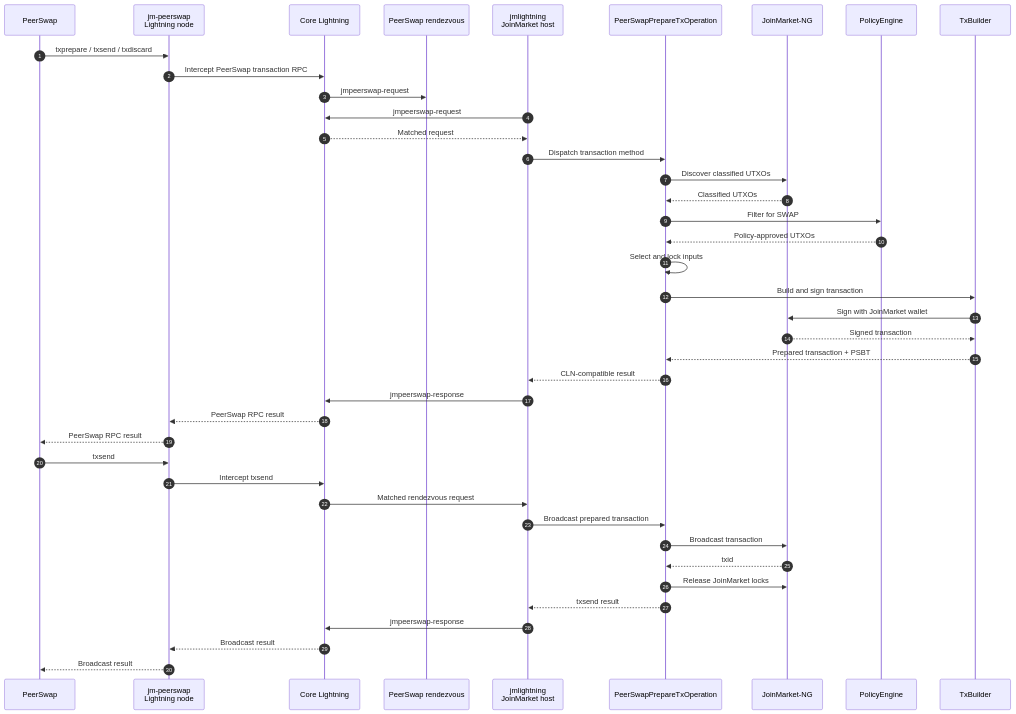
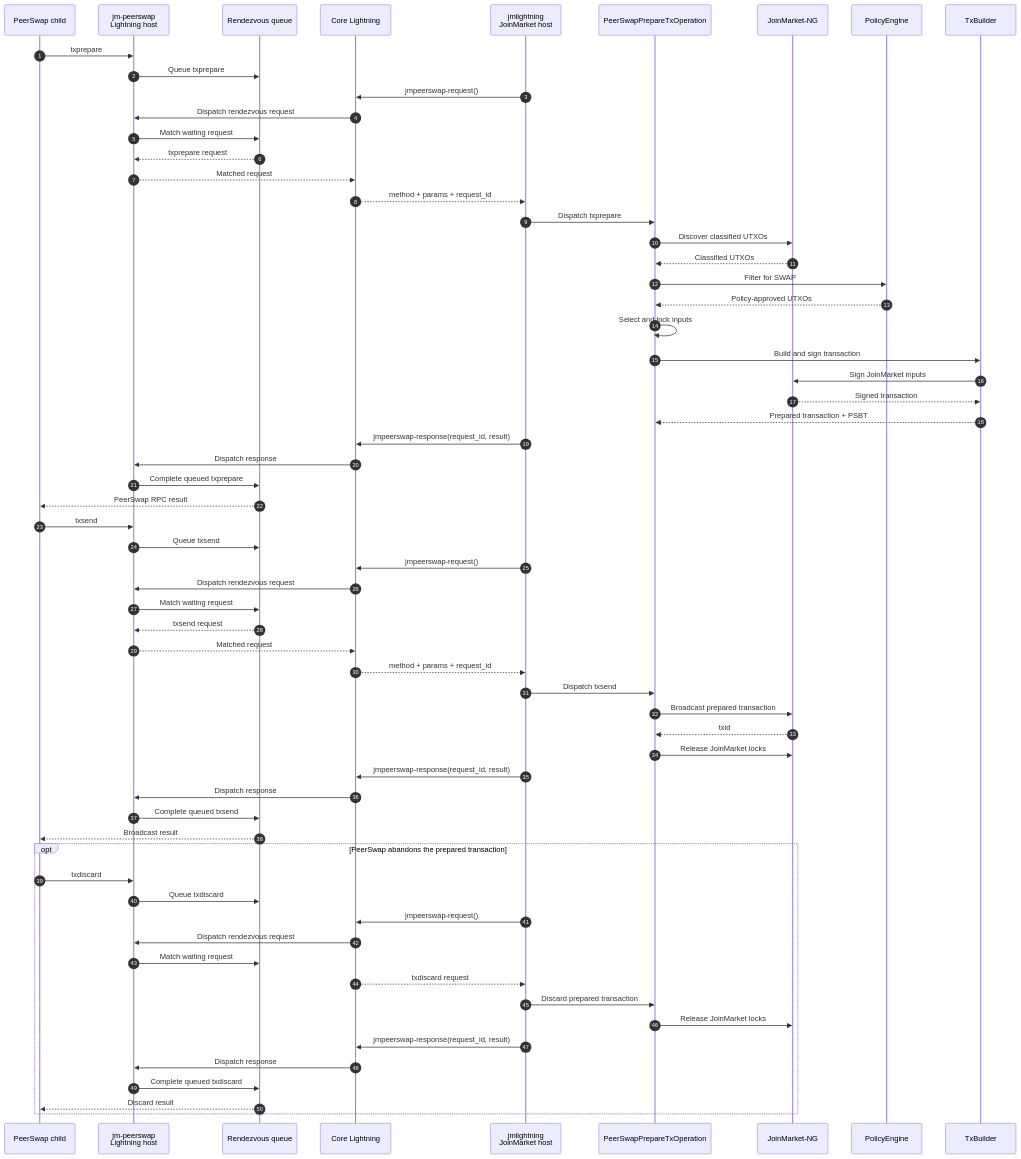
Before and after one commit to aido/jmlightning: the fifth of 5 diagrams in README.md, drawn with Mermaid. The commit also changed other lines of this file, not shown here.

Commit message:
docs: document host model, recovery and PeerSwap flow

````diff
--- a/README.md
+++ b/README.md
@@ -646,44 +686,68 @@
 ```mermaid
 sequenceDiagram
     autonumber
-    participant PS as PeerSwap
-    participant BR as jm-peerswap<br/>Lightning node
+    participant PS as PeerSwap child
+    participant BR as jm-peerswap<br/>Lightning host
+    participant RV as Rendezvous queue
     participant CLN as Core Lightning
-    participant RV as PeerSwap rendezvous
     participant JMHOST as jmlightning<br/>JoinMarket host
     participant OP as PeerSwapPrepareTxOperation
     participant JM as JoinMarket-NG
     participant P as PolicyEngine
     participant TX as TxBuilder
 
-    PS->>BR: txprepare / txsend / txdiscard
-    BR->>CLN: Intercept PeerSwap transaction RPC
-    CLN->>RV: jmpeerswap-request
-    JMHOST->>CLN: jmpeerswap-request
-    CLN-->>JMHOST: Matched request
-    JMHOST->>OP: Dispatch transaction method
+    PS->>BR: txprepare
+    BR->>RV: Queue txprepare
+    JMHOST->>CLN: jmpeerswap-request()
+    CLN->>BR: Dispatch rendezvous request
+    BR->>RV: Match waiting request
+    RV-->>BR: txprepare request
+    BR-->>CLN: Matched request
+    CLN-->>JMHOST: method + params + request_id
+    JMHOST->>OP: Dispatch txprepare
     OP->>JM: Discover classified UTXOs
     JM-->>OP: Classified UTXOs
     OP->>P: Filter for SWAP
     P-->>OP: Policy-approved UTXOs
     OP->>OP: Select and lock inputs
     OP->>TX: Build and sign transaction
-    TX->>JM: Sign with JoinMarket wallet
+    TX->>JM: Sign JoinMarket inputs
     JM-->>TX: Signed transaction
     TX-->>OP: Prepared transaction + PSBT
-    OP-->>JMHOST: CLN-compatible result
-    JMHOST->>CLN: jmpeerswap-response
-    CLN-->>BR: PeerSwap RPC result
-    BR-->>PS: PeerSwap RPC result
+    JMHOST->>CLN: jmpeerswap-response(request_id, result)
+    CLN->>BR: Dispatch response
+    BR->>RV: Complete queued txprepare
+    RV-->>PS: PeerSwap RPC result
+
     PS->>BR: txsend
-    BR->>CLN: Intercept txsend
-    CLN->>JMHOST: Matched rendezvous request
-    JMHOST->>OP: Broadcast prepared transaction
-    OP->>JM: Broadcast transaction
+    BR->>RV: Queue txsend
+    JMHOST->>CLN: jmpeerswap-request()
+    CLN->>BR: Dispatch rendezvous request
+    BR->>RV: Match waiting request
+    RV-->>BR: txsend request
+    BR-->>CLN: Matched request
+    CLN-->>JMHOST: method + params + request_id
+    JMHOST->>OP: Dispatch txsend
+    OP->>JM: Broadcast prepared transaction
     JM-->>OP: txid
     OP->>JM: Release JoinMarket locks
-    OP-->>JMHOST: txsend result
-    JMHOST->>CLN: jmpeerswap-response
-    CLN-->>BR: Broadcast result
-    BR-->>PS: Broadcast result
+    JMHOST->>CLN: jmpeerswap-response(request_id, result)
+    CLN->>BR: Dispatch response
+    BR->>RV: Complete queued txsend
+    RV-->>PS: Broadcast result
+
+    opt PeerSwap abandons the prepared transaction
+        PS->>BR: txdiscard
+        BR->>RV: Queue txdiscard
+        JMHOST->>CLN: jmpeerswap-request()
+        CLN->>BR: Dispatch rendezvous request
+        BR->>RV: Match waiting request
+        CLN-->>JMHOST: txdiscard request
+        JMHOST->>OP: Discard prepared transaction
+        OP->>JM: Release JoinMarket locks
+        JMHOST->>CLN: jmpeerswap-response(request_id, result)
+        CLN->>BR: Dispatch response
+        BR->>RV: Complete queued txdiscard
+        RV-->>PS: Discard result
+    end
 ```
````
